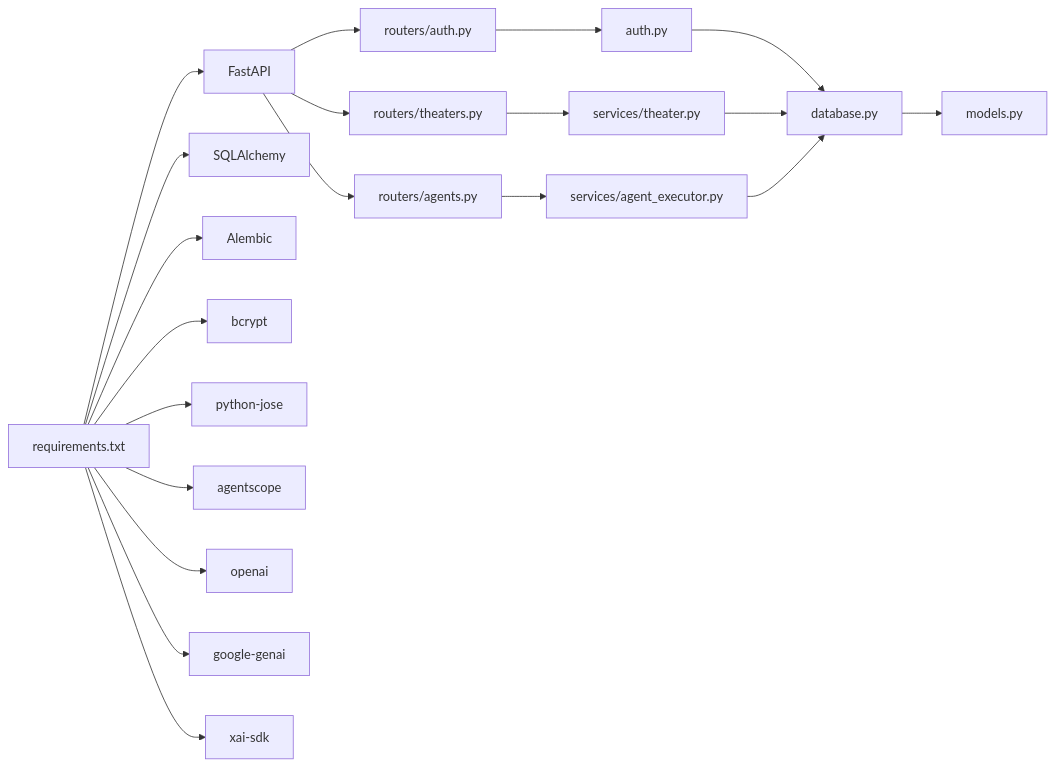
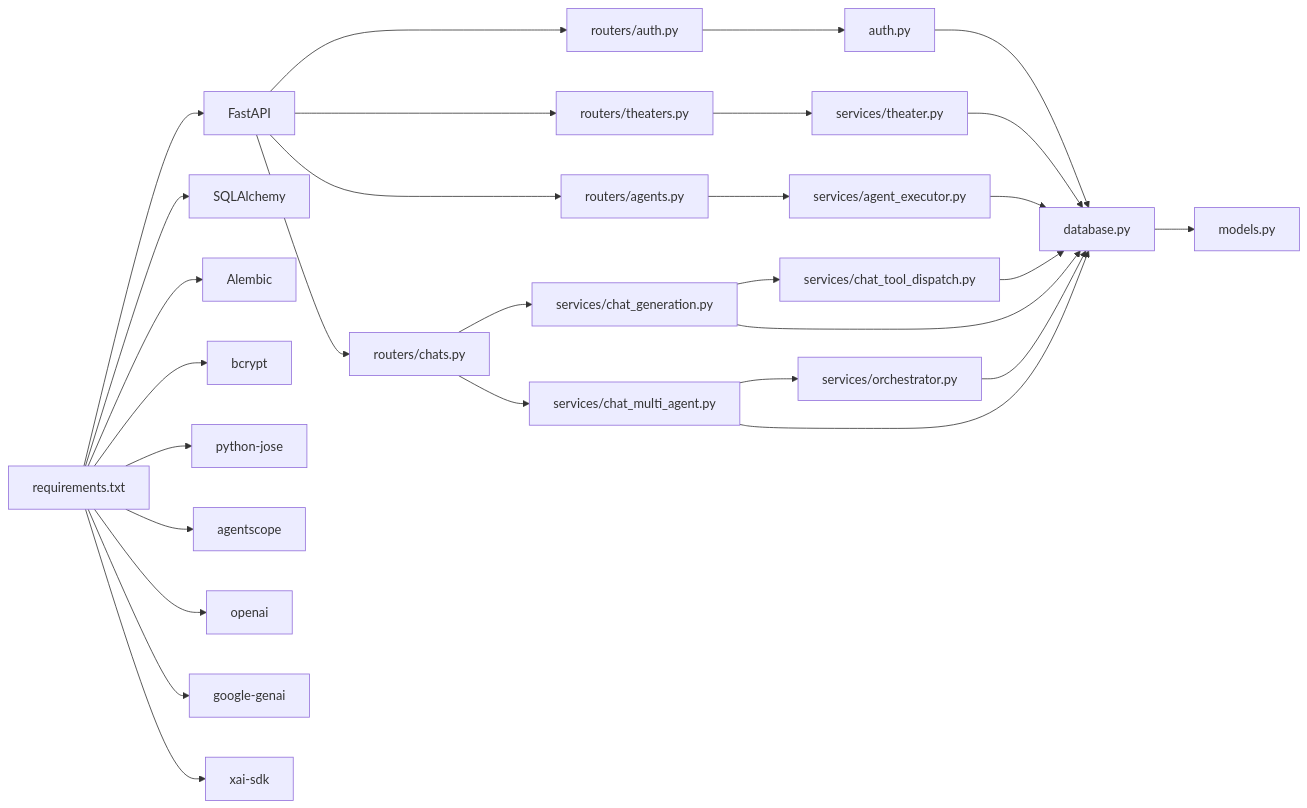
The tenth of 10 diagrams in .qoder/repowiki/zh/content/后端服务架构/后端服务架构.md (KunLabAI/KunFlix), drawn with Mermaid before and after one commit. The commit also changed other lines of this file and 31 other files, not shown here.

````diff
--- a/.qoder/repowiki/zh/content/后端服务架构/后端服务架构.md
+++ b/.qoder/repowiki/zh/content/后端服务架构/后端服务架构.md
@@ -328,22 +660,31 @@
 ```mermaid
 graph LR
 Req["requirements.txt"] --> FA["FastAPI"]
 Req --> SQ["SQLAlchemy"]
 Req --> AL["Alembic"]
 Req --> BC["bcrypt"]
 Req --> JO["python-jose"]
 Req --> AS["agentscope"]
 Req --> OG["openai"]
 Req --> GG["google-genai"]
 Req --> XS["xai-sdk"]
 FA --> RAuth["routers/auth.py"]
 FA --> RTheater["routers/theaters.py"]
 FA --> RAgent["routers/agents.py"]
+FA --> RChat["routers/chats.py"]
 RAuth --> SAuth["auth.py"]
 RTheater --> STheater["services/theater.py"]
 RAgent --> SExec["services/agent_executor.py"]
+RChat --> SChatGen["services/chat_generation.py"]
+RChat --> SChatMulti["services/chat_multi_agent.py"]
+SChatGen --> SToolDispatch["services/chat_tool_dispatch.py"]
+SChatMulti --> SOrchestrator["services/orchestrator.py"]
 SAuth --> DB["database.py"]
 STheater --> DB
 SExec --> DB
+SChatGen --> DB
+SChatMulti --> DB
+SToolDispatch --> DB
+SOrchestrator --> DB
 DB --> MD["models.py"]
 ```
````
